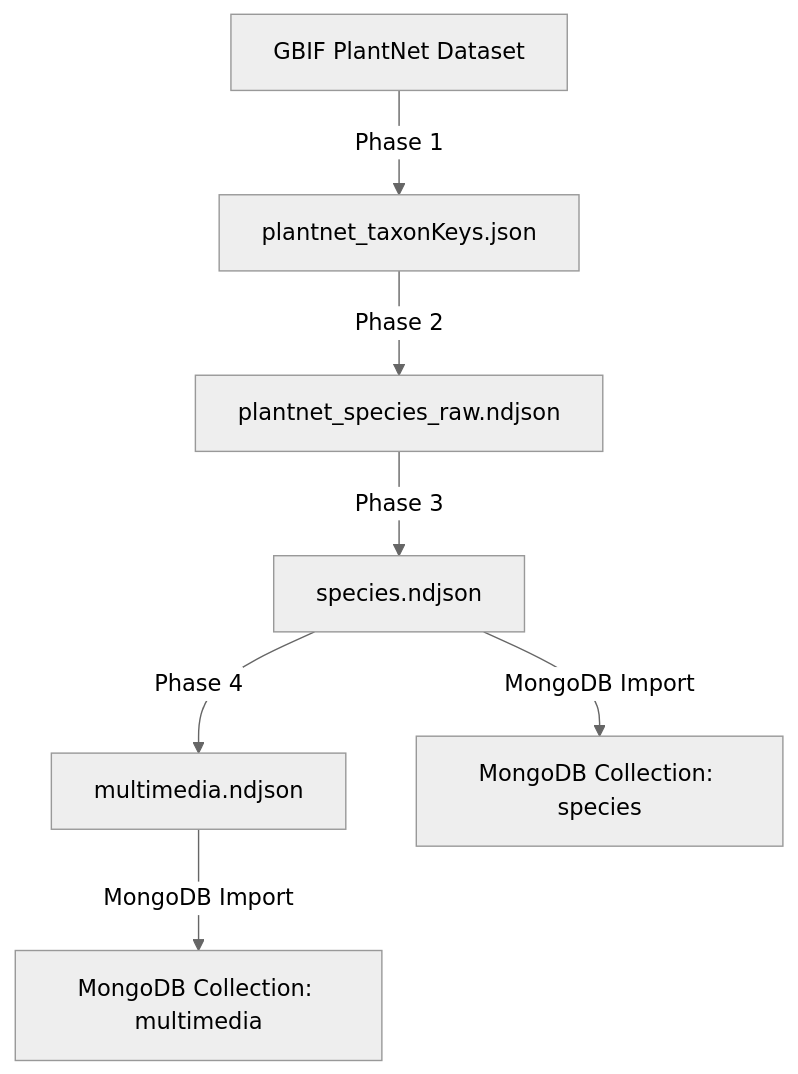
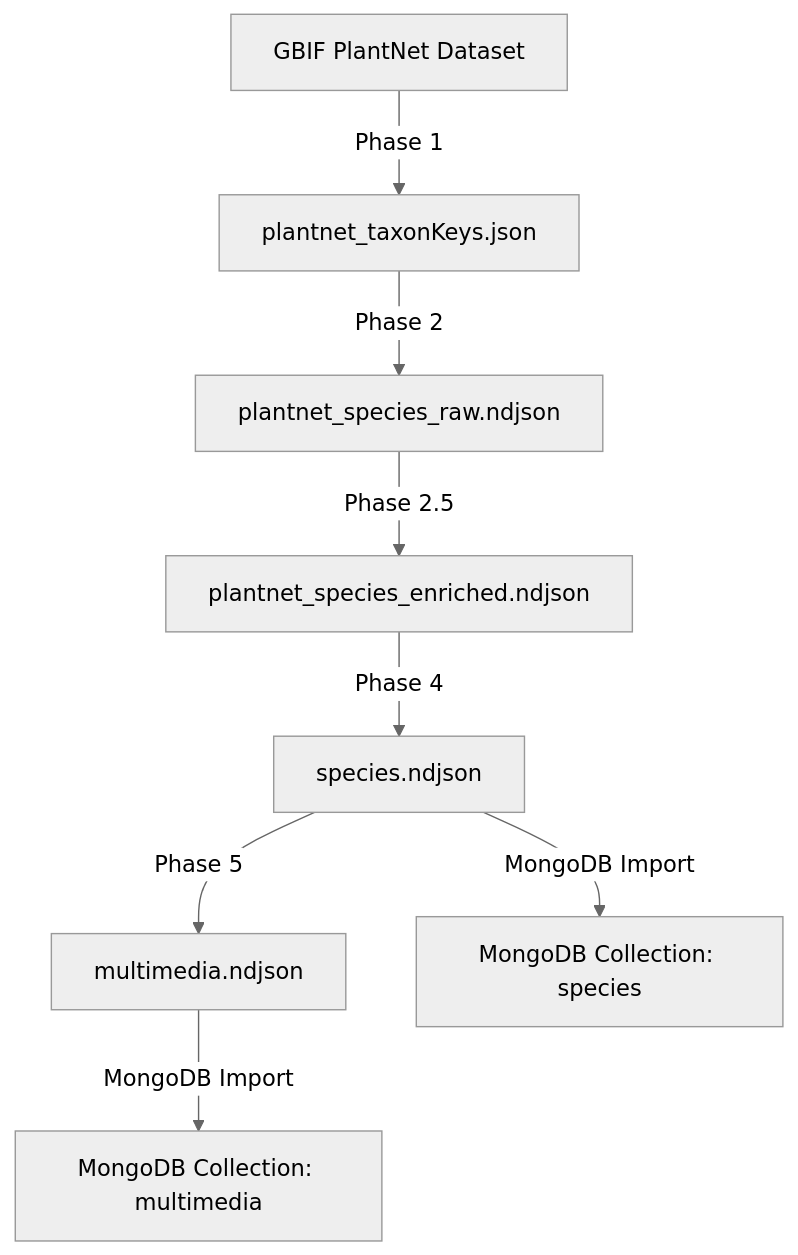
The diagram in README.md (ClemensSW/MyPlants_database), drawn with Mermaid (neutral theme) before and after one commit. The commit also changed other lines of this file and 10 other files, not shown here.

````diff
--- a/README.md
+++ b/README.md
@@ -98,10 +111,11 @@
 ```mermaid
 graph TD
     A[GBIF PlantNet Dataset] -->|Phase 1| B[plantnet_taxonKeys.json]
     B -->|Phase 2| C[plantnet_species_raw.ndjson]
-    C -->|Phase 3| D[species.ndjson]
-    D -->|Phase 4| E[multimedia.ndjson]
+    C -->|Phase 2.5| C2[plantnet_species_enriched.ndjson]
+    C2 -->|Phase 4| D[species.ndjson]
+    D -->|Phase 5| E[multimedia.ndjson]
 
     D -->|MongoDB Import| F[MongoDB Collection: species]
     E -->|MongoDB Import| G[MongoDB Collection: multimedia]
 ```
````
